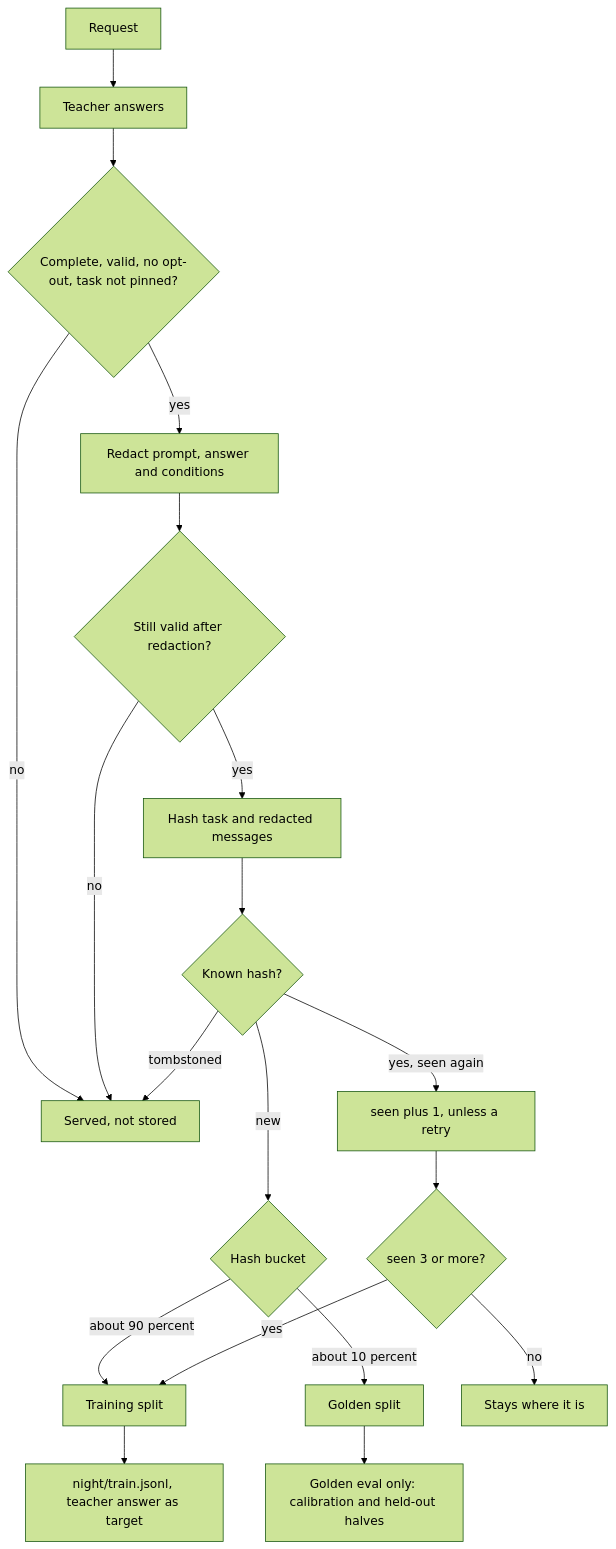
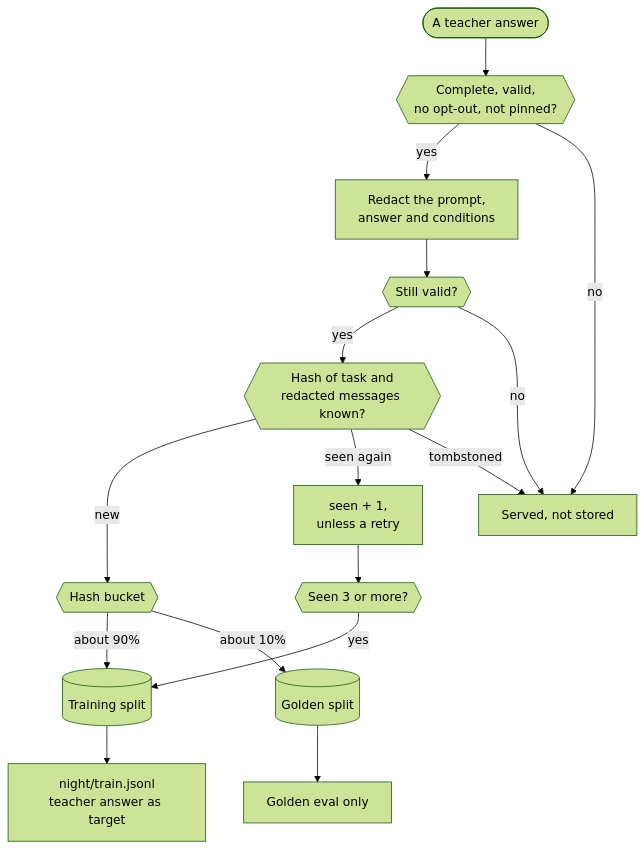
One commit to harshbhx/ratchet changed the second of 4 diagrams in docs-site/src/content/docs/guides/training-on-your-data.mdx. Above: the diagram before and after it, drawn with Mermaid (forest theme). The commit also changed other lines of this file and 25 other files, not shown here.

````diff
--- a/docs-site/src/content/docs/guides/training-on-your-data.mdx
+++ b/docs-site/src/content/docs/guides/training-on-your-data.mdx
@@ -100,21 +126,23 @@
 ```mermaid
-flowchart TD
-  R["Request"] --> T["Teacher answers"]
-  T --> Q{"Complete, valid, no opt-out, task not pinned?"}
+flowchart TB
+  T(["A teacher answer"]) --> Q{{"Complete, valid,<br/>no opt-out, not pinned?"}}
+  Q -->|yes| RED["Redact the prompt,<br/>answer and conditions"]
+  RED --> V{{"Still valid?"}}
+  V -->|yes| D{{"Hash of task and<br/>redacted messages known?"}}
+  D -->|new| SP{{"Hash bucket"}}
+  D -->|"seen again"| B["seen + 1,<br/>unless a retry"]
+  B --> F{{"Seen 3 or more?"}}
+  SP -->|"about 90%"| TR[("Training split")]
+  SP -->|"about 10%"| GO[("Golden split")]
+  F -->|yes| TR
+  TR --> J["night/train.jsonl<br/>teacher answer as target"]
+  GO --> E["Golden eval only"]
   Q -->|no| X["Served, not stored"]
-  Q -->|yes| RED["Redact prompt, answer and conditions"]
-  RED --> V{"Still valid after redaction?"}
   V -->|no| X
-  V -->|yes| H["Hash task and redacted messages"]
-  H --> D{"Known hash?"}
-  D -->|"tombstoned"| X
-  D -->|"yes, seen again"| B["seen plus 1, unless a retry"]
-  D -->|new| SP{"Hash bucket"}
-  SP -->|"about 90 percent"| TR["Training split"]
-  SP -->|"about 10 percent"| GO["Golden split"]
-  B --> F{"seen 3 or more?"}
-  F -->|yes| TR
-  F -->|no| KEEP["Stays where it is"]
-  TR --> J["night/train.jsonl, teacher answer as target"]
-  GO --> E["Golden eval only: calibration and held-out halves"]
+  D -->|tombstoned| X
+
+  class T teacher
+  class Q,V,D,SP,F gate
+  class TR,GO store
+  class X outline
 ```
````
